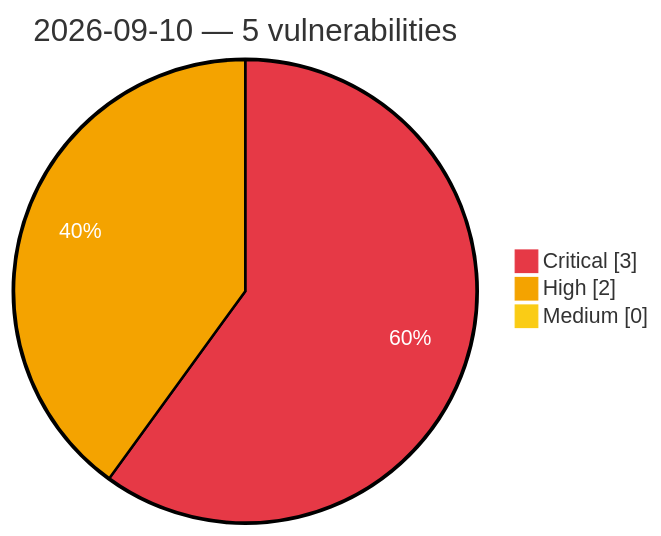
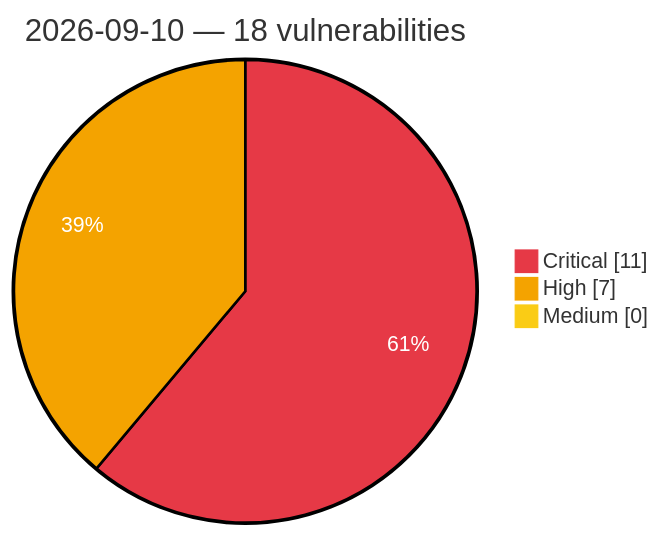
Before and after one commit to GhostX0X/vuln-tracker: the diagram in vulnerabilities/2026/September/2026-09-10.md, drawn with Mermaid. The commit also changed other lines of this file and 5 other files, not shown here.

Commit message:
Auto update: critical/high vulns (2026-09-10 11:38 UTC)

````diff
--- a/vulnerabilities/2026/September/2026-09-10.md
+++ b/vulnerabilities/2026/September/2026-09-10.md
@@ -3,8 +3,8 @@
 ```mermaid
 %%{init: {'theme':'base', 'themeVariables': {'pie1':'#e63946', 'pie2':'#f4a300', 'pie3':'#facc15', 'pieOpacity':'1', 'pieOuterStrokeWidth':'2px', 'pieSectionTextColor':'#ffffff'}}}%%
 pie showData
-    title 2026-09-10 — 5 vulnerabilities
-    "Critical" : 3
-    "High" : 2
+    title 2026-09-10 — 18 vulnerabilities
+    "Critical" : 11
+    "High" : 7
     "Medium" : 0
 ```
````
